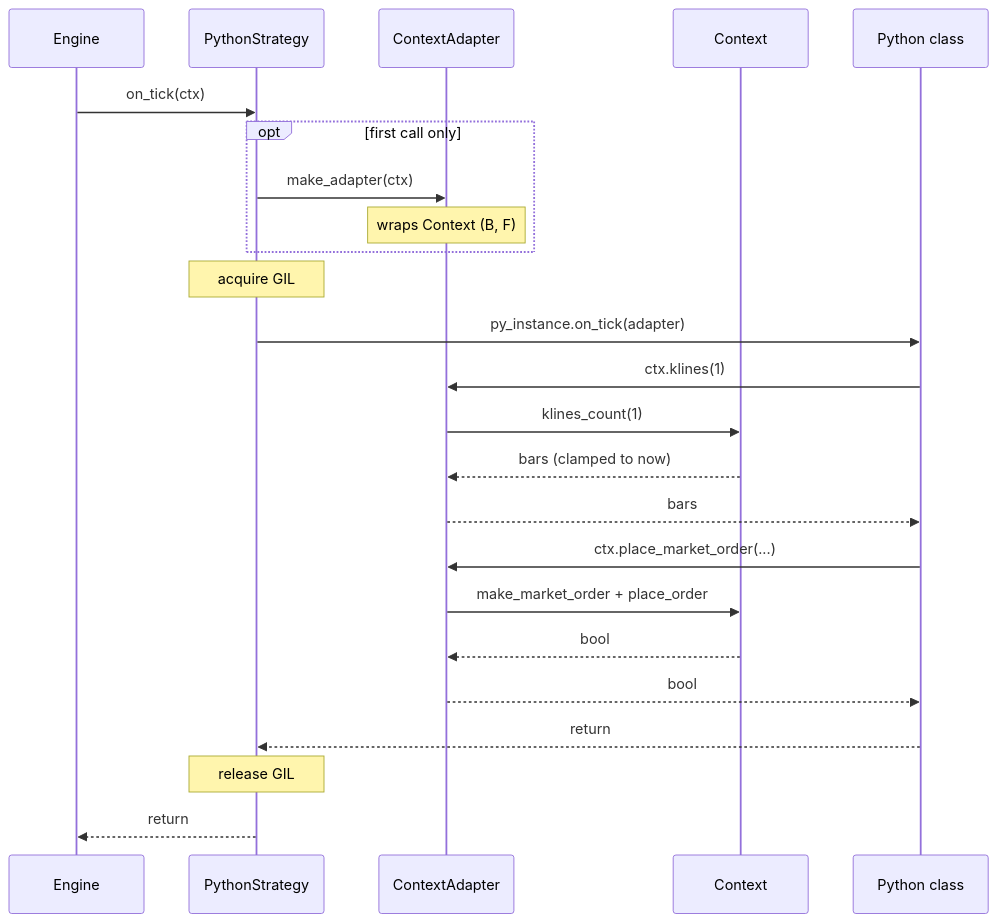
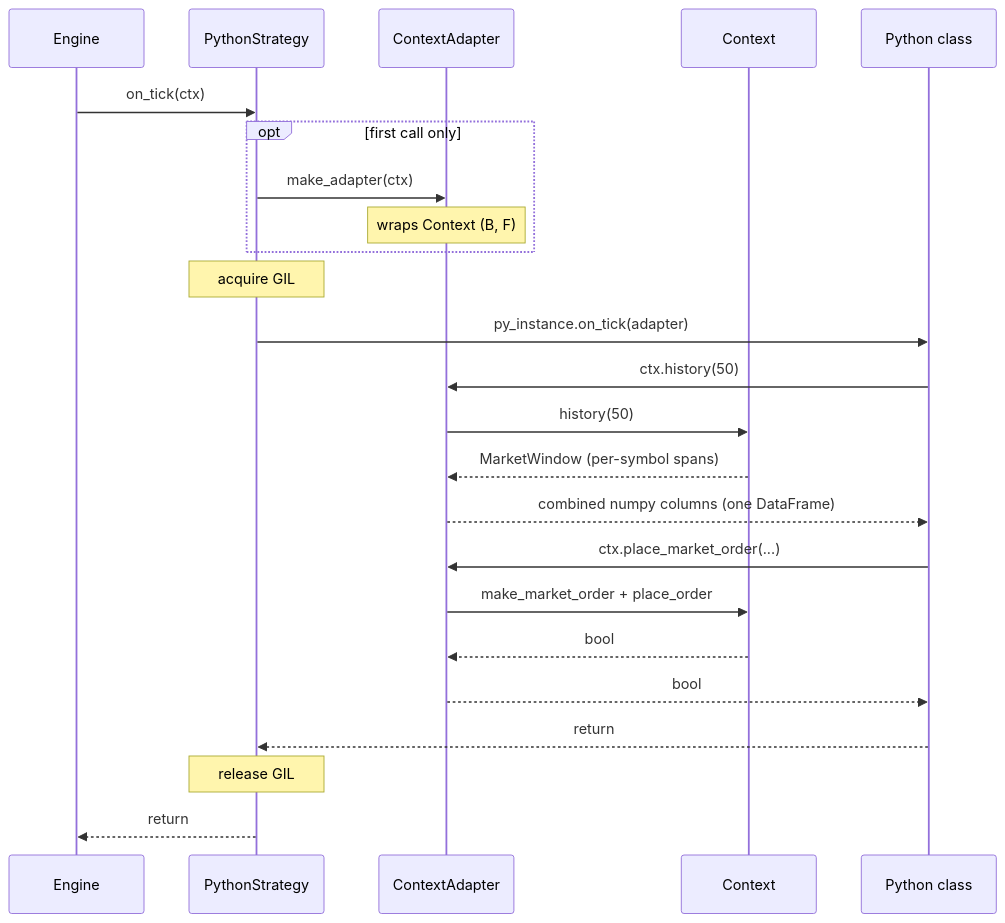
One commit to barberkman/stonks changed the seventh of 7 diagrams in docs/architecture.md. Above: the diagram before and after it, drawn with Mermaid. The commit also changed other lines of this file and 25 other files, not shown here.

First line of the commit message:
Replace flat KLine feed with columnar per-timestamp multi-symbol window

````diff
--- a/docs/architecture.md
+++ b/docs/architecture.md
@@ -309,27 +329,27 @@
 ```mermaid
 sequenceDiagram
     participant E as Engine
     participant PS as PythonStrategy
     participant A as ContextAdapter
     participant Ctx as Context
     participant Py as Python class
 
     E->>PS: on_tick(ctx)
     opt first call only
         PS->>A: make_adapter(ctx)
         Note over A: wraps Context (B, F)
     end
     Note over PS: acquire GIL
     PS->>Py: py_instance.on_tick(adapter)
-    Py->>A: ctx.klines(1)
-    A->>Ctx: klines_count(1)
-    Ctx-->>A: bars (clamped to now)
-    A-->>Py: bars
+    Py->>A: ctx.history(50)
+    A->>Ctx: history(50)
+    Ctx-->>A: MarketWindow (per-symbol spans)
+    A-->>Py: combined numpy columns (one DataFrame)
     Py->>A: ctx.place_market_order(...)
     A->>Ctx: make_market_order + place_order
     Ctx-->>A: bool
     A-->>Py: bool
     Py-->>PS: return
     Note over PS: release GIL
     PS-->>E: return
 ```
````
